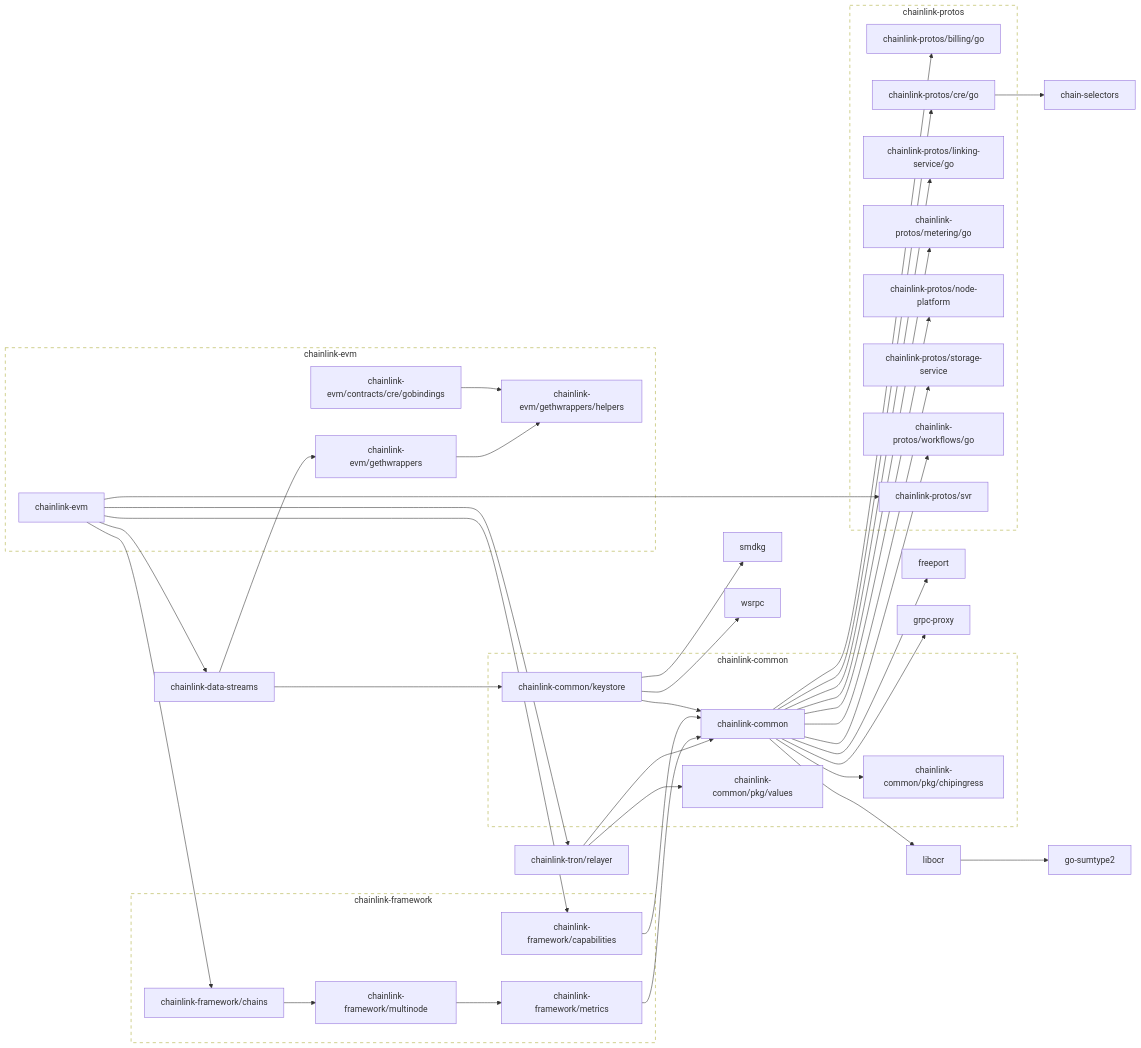
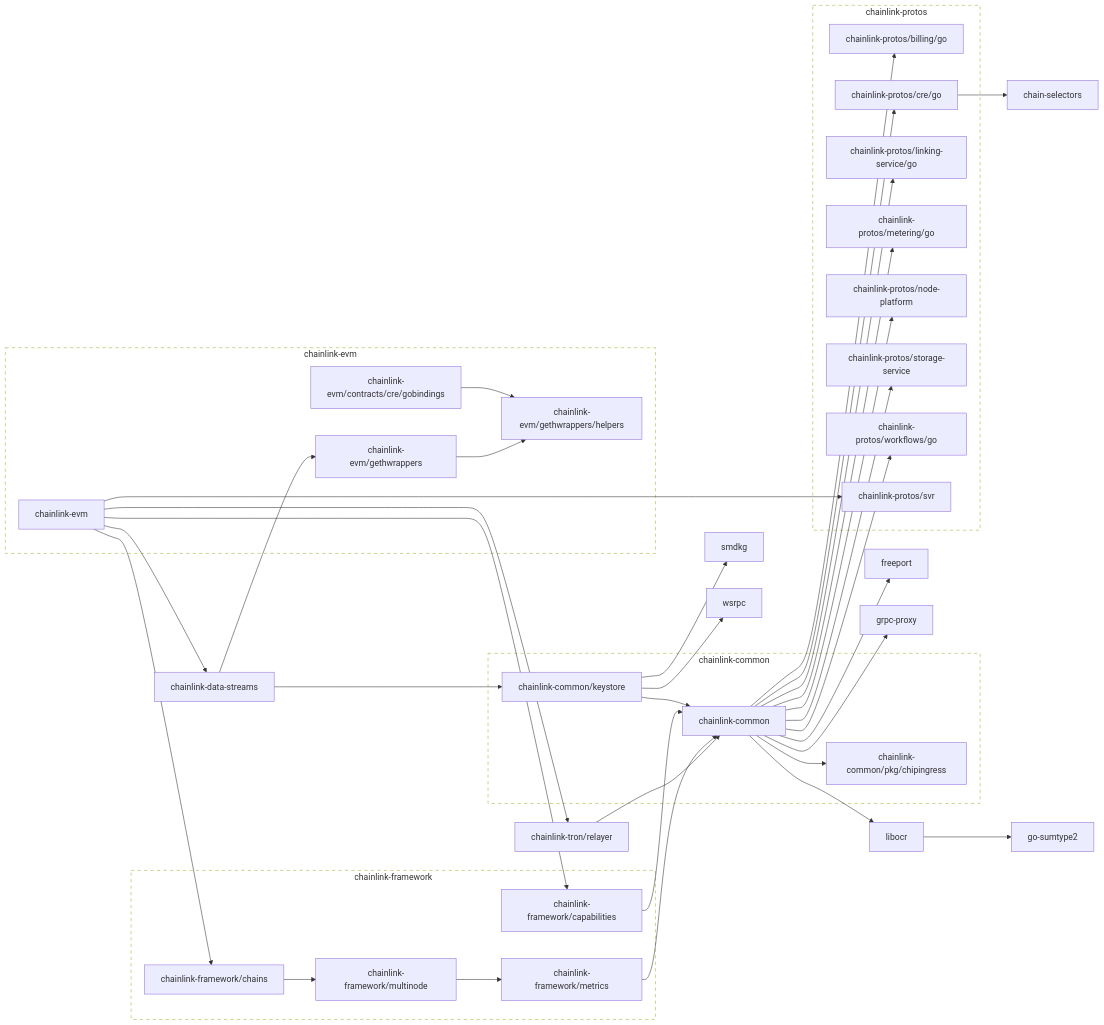
One commit to smartcontractkit/chainlink-evm changed the diagram in go.md. Above: the diagram before and after it, drawn with Mermaid. The commit also changed 4 other files, not shown here.

First line of the commit message:
Bump chainlink-tron/relayer and import gotron-sdk from it

```diff
--- a/go.md
+++ b/go.md
@@ -22,8 +22,6 @@
 	click chainlink-common/keystore href "https://github.com/smartcontractkit/chainlink-common"
 	chainlink-common/pkg/chipingress
 	click chainlink-common/pkg/chipingress href "https://github.com/smartcontractkit/chainlink-common"
-	chainlink-common/pkg/values
-	click chainlink-common/pkg/values href "https://github.com/smartcontractkit/chainlink-common"
 	chainlink-data-streams --> chainlink-common/keystore
 	chainlink-data-streams --> chainlink-evm/gethwrappers
 	click chainlink-data-streams href "https://github.com/smartcontractkit/chainlink-data-streams"
@@ -64,7 +62,6 @@
 	chainlink-protos/workflows/go
 	click chainlink-protos/workflows/go href "https://github.com/smartcontractkit/chainlink-protos"
 	chainlink-tron/relayer --> chainlink-common
-	chainlink-tron/relayer --> chainlink-common/pkg/values
 	click chainlink-tron/relayer href "https://github.com/smartcontractkit/chainlink-tron"
 	freeport
 	click freeport href "https://github.com/smartcontractkit/freeport"
@@ -83,7 +80,6 @@
 		 chainlink-common
 		 chainlink-common/keystore
 		 chainlink-common/pkg/chipingress
-		 chainlink-common/pkg/values
 	end
 	click chainlink-common-repo href "https://github.com/smartcontractkit/chainlink-common"
 
```
